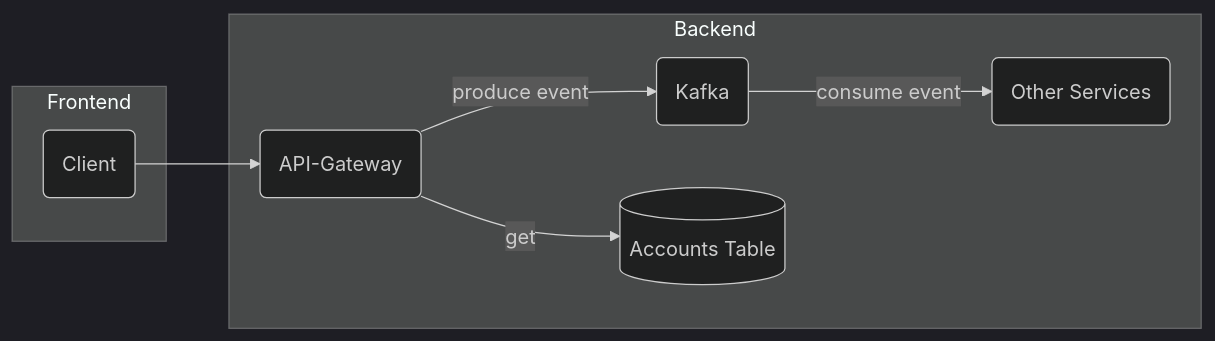
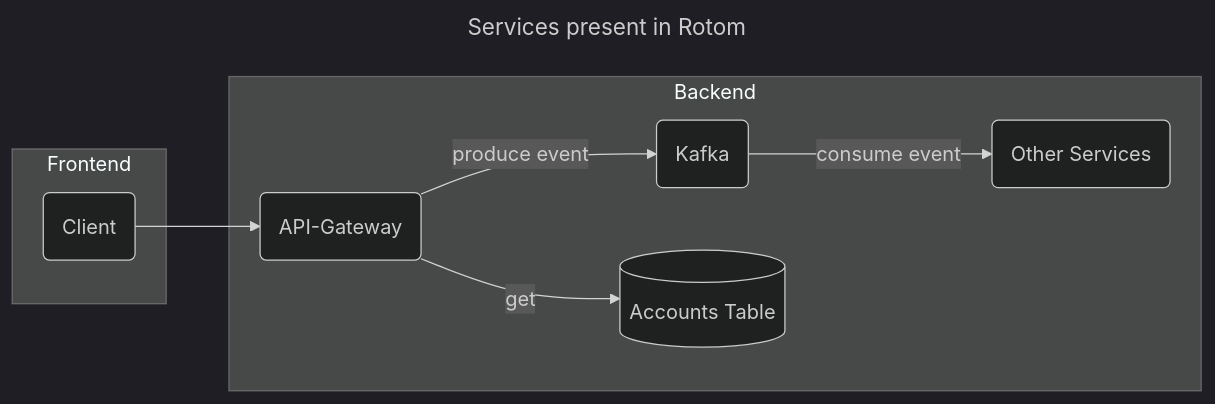
Before and after one commit to maussn/Rotom: the first of 2 diagrams in ARCHITECTURE.md, drawn with Mermaid (dark theme). The commit also changed other lines of this file, not shown here.

Commit message:
update architecture diagram

````diff
--- a/ARCHITECTURE.md
+++ b/ARCHITECTURE.md
@@ -3,18 +3,21 @@
 ```mermaid
+---
+title: Services present in Rotom
+---
 flowchart LR
   subgraph Frontend
     client(Client)
   end
     subgraph Backend
     apigateway(API-Gateway)
     kafka(Kafka)
     accounts[(Accounts Table)]
     services(Other Services)
   end
 
   client --> apigateway
   apigateway -- produce event --> kafka
   apigateway -- get --> accounts
   kafka -- consume event --> services
     
 ```
````
